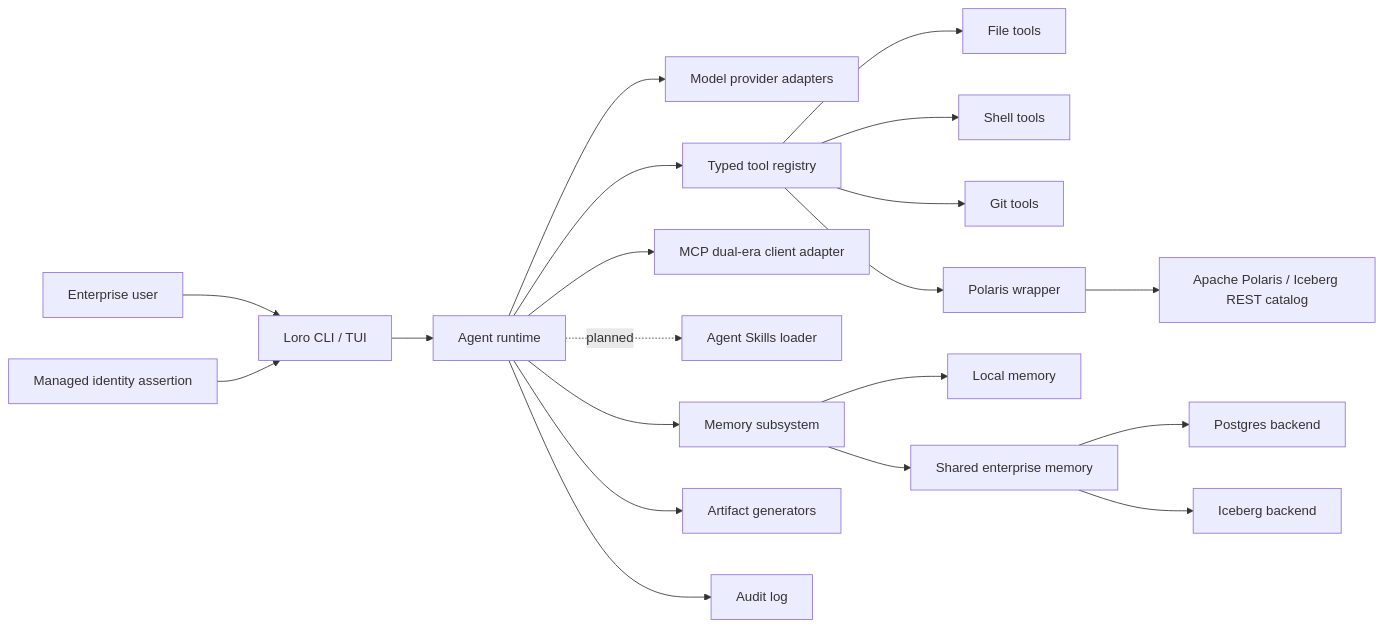
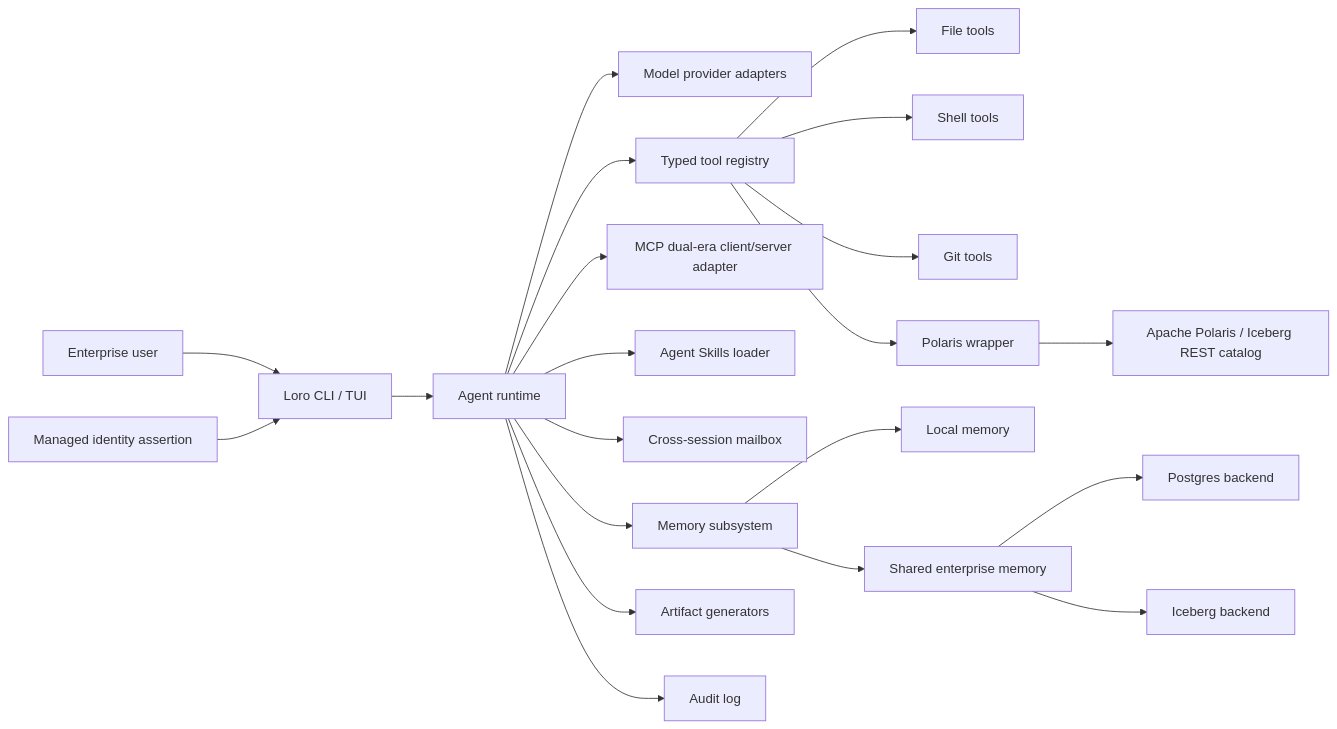
One commit to alexmerced-oss/loro changed the diagram in ARCHITECTURE.md. Above: the diagram before and after it, drawn with Mermaid. The commit also changed other lines of this file and 74 other files, not shown here.

Commit message:
Complete MCP skills and enterprise hardening roadmap

````diff
--- a/ARCHITECTURE.md
+++ b/ARCHITECTURE.md
@@ -7,22 +7,23 @@
 ```mermaid
 flowchart LR
   User["Enterprise user"] --> CLI["Loro CLI / TUI"]
   Identity["Managed identity assertion"] --> CLI
   CLI --> Runtime["Agent runtime"]
   Runtime --> Models["Model provider adapters"]
   Runtime --> Tools["Typed tool registry"]
-  Runtime --> MCP["MCP dual-era client adapter"]
-  Runtime -. planned .-> Skills["Agent Skills loader"]
+  Runtime --> MCP["MCP dual-era client/server adapter"]
+  Runtime --> Skills["Agent Skills loader"]
+  Runtime --> Mailbox["Cross-session mailbox"]
   Runtime --> Memory["Memory subsystem"]
   Runtime --> Artifacts["Artifact generators"]
   Runtime --> Audit["Audit log"]
   Tools --> Files["File tools"]
   Tools --> Shell["Shell tools"]
   Tools --> Git["Git tools"]
   Tools --> Polaris["Polaris wrapper"]
   Memory --> Local["Local memory"]
   Memory --> Shared["Shared enterprise memory"]
   Shared --> Postgres["Postgres backend"]
   Shared --> Iceberg["Iceberg backend"]
   Polaris --> Catalog["Apache Polaris / Iceberg REST catalog"]
 ```
````
